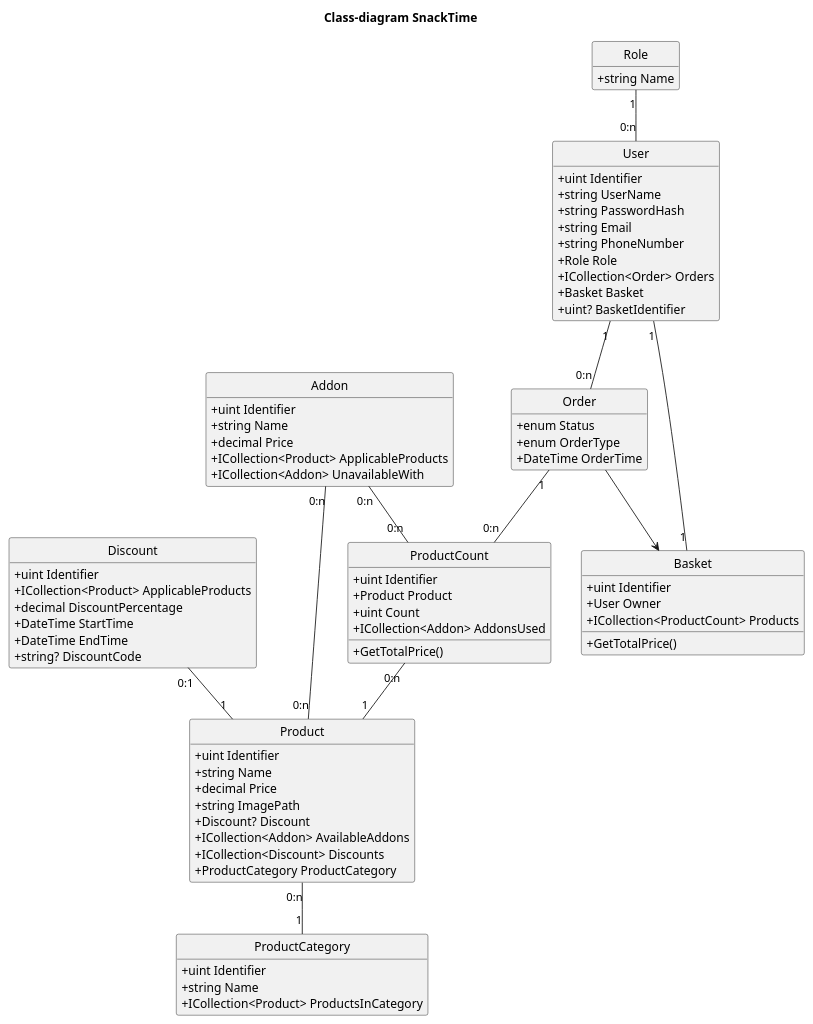
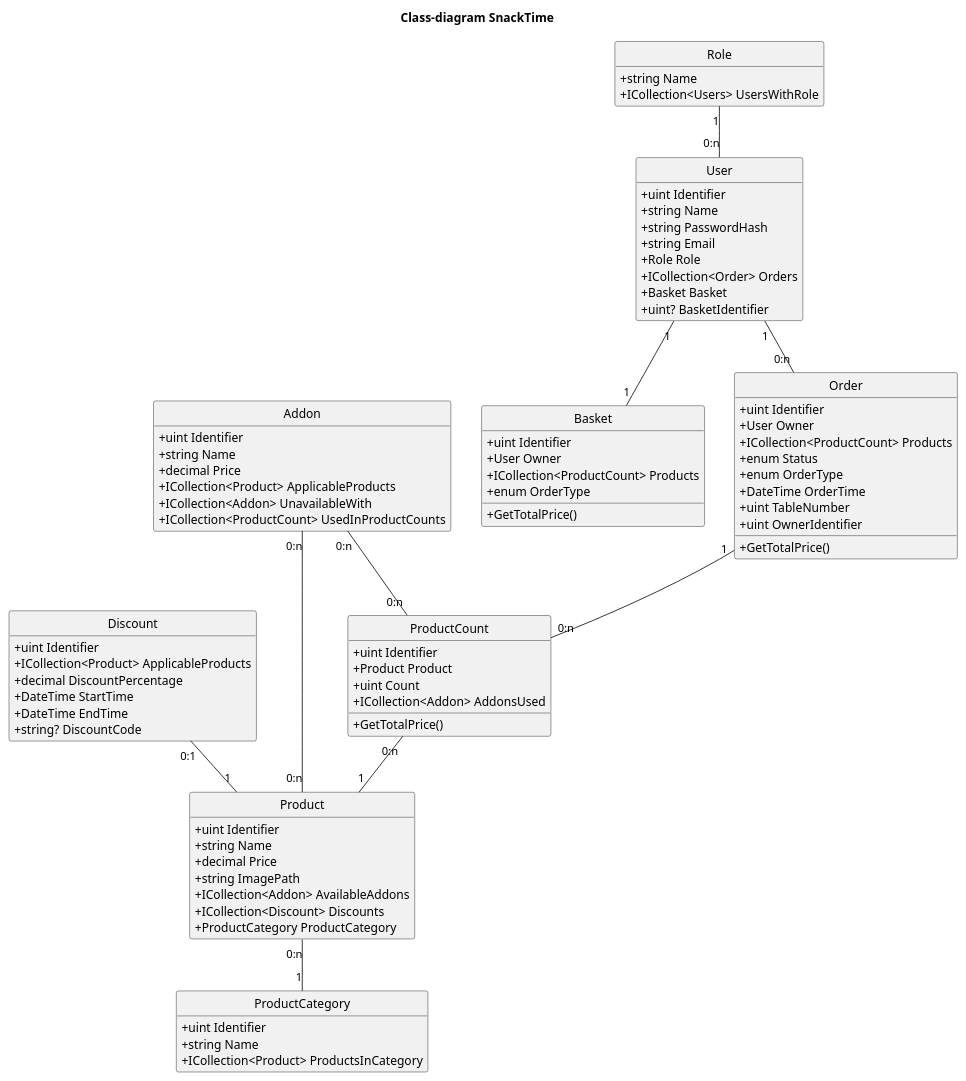
One commit to kinggeert/SnackTime changed the diagram in SnackTime/Uml/ClassDiagram.puml. Above: the diagram before and after it, drawn with PlantUML.

Commit message:
Updated class diagram

```diff
--- a/SnackTime/Uml/ClassDiagram.puml
+++ b/SnackTime/Uml/ClassDiagram.puml
@@ -1,96 +1,102 @@
 @startuml
 hide circle
 hide empty members
 skinparam classAttributeIconSize 0
 skinparam packageStyle rectangle
 title Class-diagram SnackTime
 
 
 class User {
     +uint Identifier
-    +string UserName
+    +string Name
     +string PasswordHash
     +string Email
-    +string PhoneNumber
     +Role Role
     +ICollection<Order> Orders
     +Basket Basket
     +uint? BasketIdentifier
 }
 
 class Role {
     +string Name
+    +ICollection<Users> UsersWithRole
 }
 
 class Product {
     +uint Identifier
     +string Name
     +decimal Price
     +string ImagePath
-    +Discount? Discount
     +ICollection<Addon> AvailableAddons
     +ICollection<Discount> Discounts
     +ProductCategory ProductCategory
 }
 
 class ProductCount {
     +uint Identifier
     +Product Product
     +uint Count
     +ICollection<Addon> AddonsUsed
     
     +GetTotalPrice()
 }
 
 class Basket {
     +uint Identifier
     +User Owner
     +ICollection<ProductCount> Products
+    +enum OrderType
     
     +GetTotalPrice()
 }
 
 class Order {
+    +uint Identifier
+    +User Owner
+    +ICollection<ProductCount> Products
     +enum Status
     +enum OrderType
     +DateTime OrderTime
+    +uint TableNumber
+    +uint OwnerIdentifier
+    
+    +GetTotalPrice()
 }
 
 class Discount {
     +uint Identifier
     +ICollection<Product> ApplicableProducts
     +decimal DiscountPercentage
     +DateTime StartTime
     +DateTime EndTime
     +string? DiscountCode
 }
 
 class Addon {
     +uint Identifier
     +string Name
     +decimal Price
     +ICollection<Product> ApplicableProducts
     +ICollection<Addon> UnavailableWith
+    +ICollection<ProductCount> UsedInProductCounts
 }
 
 class ProductCategory {
     +uint Identifier
     +string Name
     +ICollection<Product> ProductsInCategory
 }
 
 User "1" -- "0:n" Order
 Order "1" -- "0:n" ProductCount
 ProductCount "0:n" -- "1" Product
 Discount "0:1" -- "1" Product
 User "1" -- "1" Basket
 Addon "0:n" -- "0:n" Product
 Addon "0:n" -- "0:n" ProductCount
 Role "1" -- "0:n" User
 Product "0:n" -- "1" ProductCategory
 
-Order --> Basket
-
 
 
 @enduml
```
